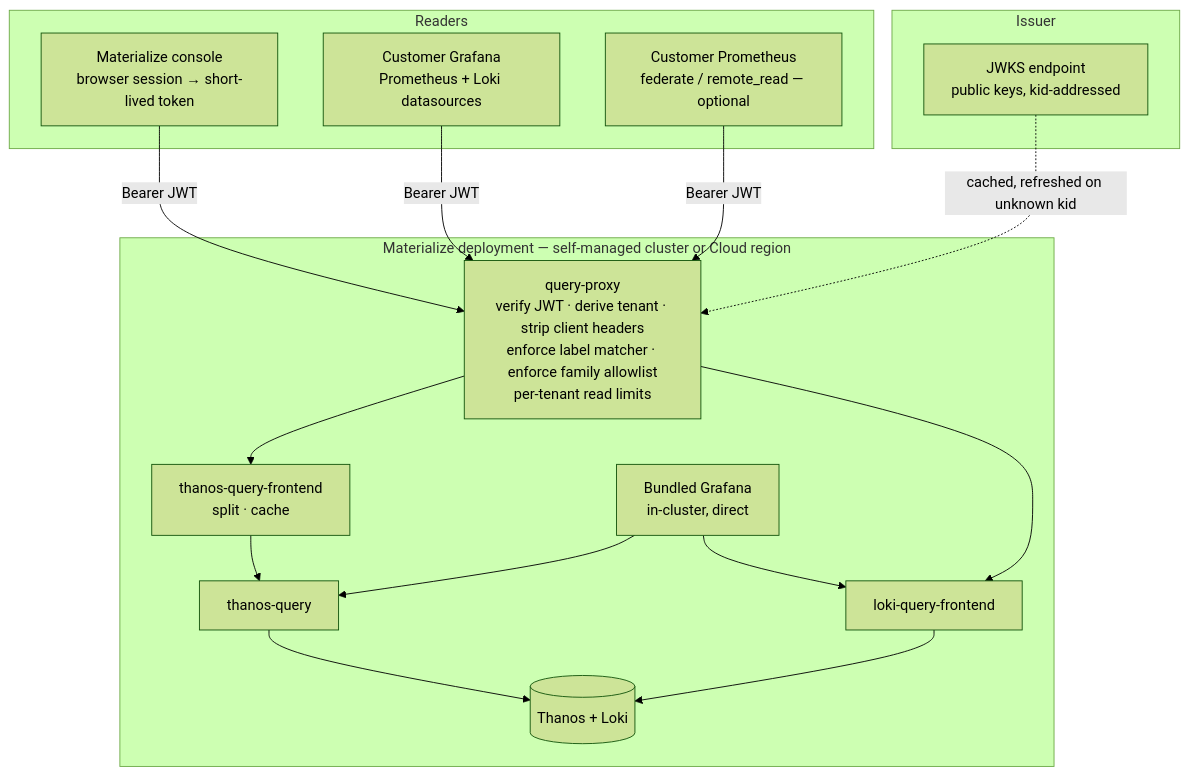
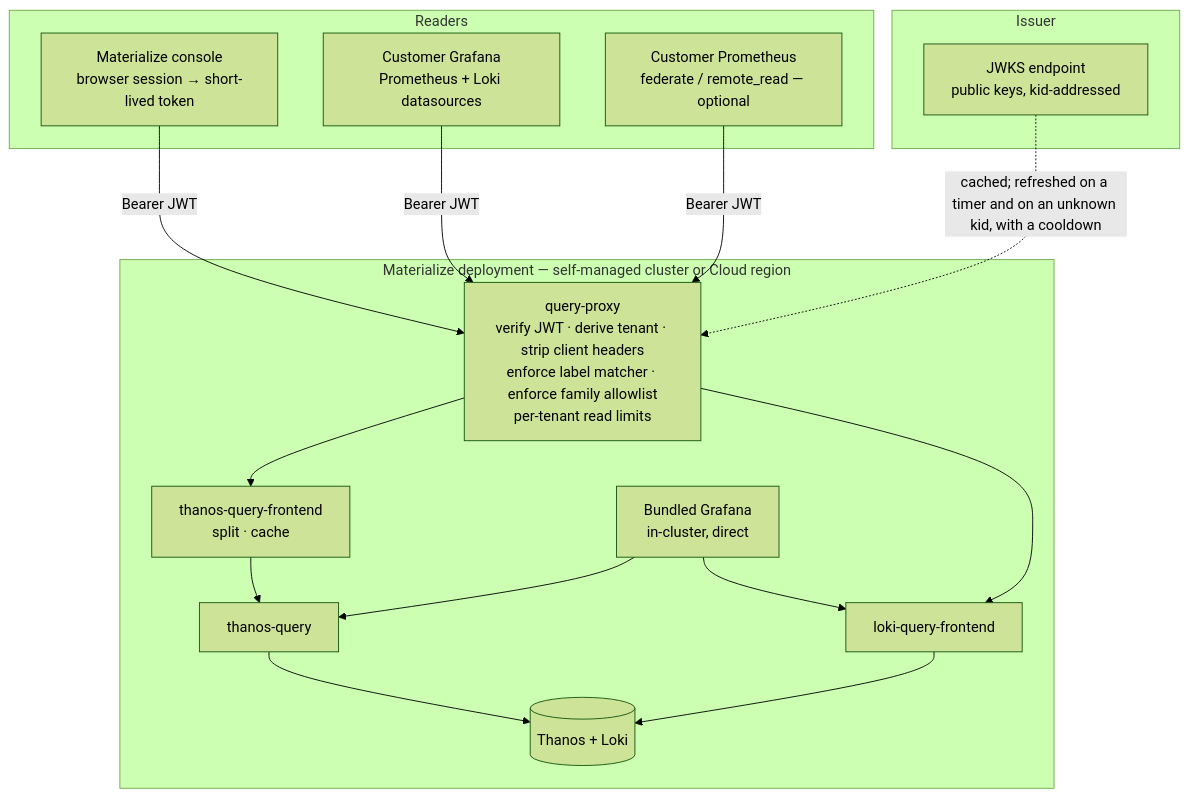
One commit to MaterializeInc/materialize-monitoring changed the diagram in docs/content/reference/internal/design-docs/20260916-tenant-query-api.md. Above: the diagram before and after it, drawn with Mermaid (forest theme). The commit also changed other lines of this file and 1 other file, not shown here.

First line of the commit message:
Decide the tenant query proxy build and correct Thanos tenancy claims

````diff
--- a/docs/content/reference/internal/design-docs/20260916-tenant-query-api.md
+++ b/docs/content/reference/internal/design-docs/20260916-tenant-query-api.md
@@ -140,30 +151,30 @@
 ```mermaid
 flowchart TB
   subgraph clients["Readers"]
     console["Materialize console<br/>browser session → short-lived token"]
     custgraf["Customer Grafana<br/>Prometheus + Loki datasources"]
     custprom["Customer Prometheus<br/>federate / remote_read — optional"]
   end
 
   subgraph idp["Issuer"]
     jwks["JWKS endpoint<br/>public keys, kid-addressed"]
   end
 
   subgraph stack["Materialize deployment — self-managed cluster or Cloud region"]
     proxy["query-proxy<br/>verify JWT · derive tenant · strip client headers<br/>enforce label matcher · enforce family allowlist<br/>per-tenant read limits"]
     tqf["thanos-query-frontend<br/>split · cache"]
     tq["thanos-query"]
     lqf["loki-query-frontend"]
     graf["Bundled Grafana<br/>in-cluster, direct"]
     store[("Thanos + Loki")]
   end
 
   console -->|"Bearer JWT"| proxy
   custgraf -->|"Bearer JWT"| proxy
   custprom -->|"Bearer JWT"| proxy
-  jwks -.->|"cached, refreshed on unknown kid"| proxy
+  jwks -.->|"cached; refreshed on a timer and on an unknown kid, with a cooldown"| proxy
   proxy --> tqf --> tq --> store
   proxy --> lqf --> store
   graf --> tq
   graf --> lqf
 ```
````
